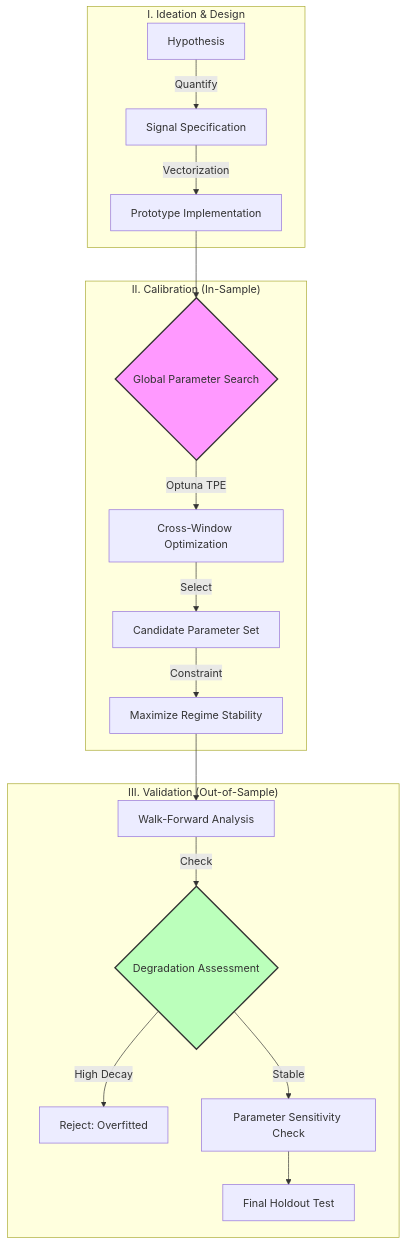
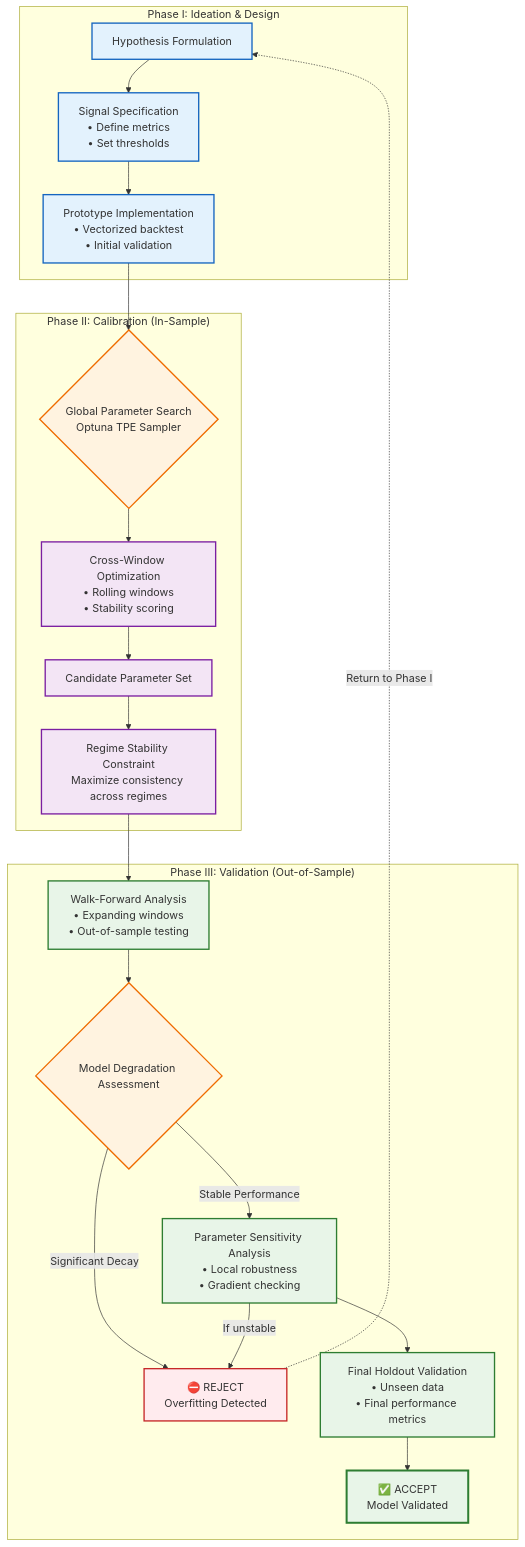
The diagram in docs/alpha-research/index.md (xxxxyyyy80008/xxxxyyyy80008.github.io), drawn with Mermaid before and after one commit. The commit also changed 1 other file, not shown here.

````diff
--- a/docs/alpha-research/index.md
+++ b/docs/alpha-research/index.md
@@ -72,25 +74,46 @@
 ```mermaid
 graph TD
-    subgraph "I. Ideation & Design"
-        A[Hypothesis] -->|Quantify| B[Signal Specification]
-        B -->|Vectorization| C[Prototype Implementation]
+    %% Color Definitions
+    classDef ideation fill:#e3f2fd,stroke:#1565c0,stroke-width:2px
+    classDef calibration fill:#f3e5f5,stroke:#7b1fa2,stroke-width:2px
+    classDef validation fill:#e8f5e8,stroke:#2e7d32,stroke-width:2px
+    classDef decision fill:#fff3e0,stroke:#ef6c00,stroke-width:2px
+    classDef outcome fill:#ffebee,stroke:#c62828,stroke-width:2px
+    classDef success fill:#e8f5e8,stroke:#2e7d32,stroke-width:3px
+    
+    %% Process Flow
+    subgraph "Phase I: Ideation & Design"
+        A[Hypothesis Formulation] --> B[Signal Specification<br/>• Define metrics<br/>• Set thresholds]
+        B --> C[Prototype Implementation<br/>• Vectorized backtest<br/>• Initial validation]
     end
-
-    subgraph "II. Calibration (In-Sample)"
-        C --> D{Global Parameter Search}
-        D -->|Optuna TPE| E[Cross-Window Optimization]
-        E -->|Select| F[Candidate Parameter Set]
-        F -->|Constraint| G[Maximize Regime Stability]
+    
+    subgraph "Phase II: Calibration (In-Sample)"
+        C --> D{Global Parameter Search<br/>Optuna TPE Sampler}
+        D --> E[Cross-Window Optimization<br/>• Rolling windows<br/>• Stability scoring]
+        E --> F[Candidate Parameter Set]
+        F --> G[Regime Stability Constraint<br/>Maximize consistency across regimes]
     end
-
-    subgraph "III. Validation (Out-of-Sample)"
-        G --> H[Walk-Forward Analysis]
-        H -->|Check| I{Degradation Assessment}
-        I -->|High Decay| J[Reject: Overfitted]
-        I -->|Stable| K[Parameter Sensitivity Check]
-        K --> L[Final Holdout Test]
+    
+    subgraph "Phase III: Validation (Out-of-Sample)"
+        G --> H[Walk-Forward Analysis<br/>• Expanding windows<br/>• Out-of-sample testing]
+        H --> I{Model Degradation Assessment}
+        
+        I -->|Significant Decay| J[⛔ REJECT<br/>Overfitting Detected]
+        I -->|Stable Performance| K[Parameter Sensitivity Analysis<br/>• Local robustness<br/>• Gradient checking]
+        
+        K --> L[Final Holdout Validation<br/>• Unseen data<br/>• Final performance metrics]
+        L --> M[✅ ACCEPT<br/>Model Validated]
     end
-
-    style D fill:#f9f,stroke:#333,stroke-width:2px
-    style I fill:#bfb,stroke:#333,stroke-width:2px
+    
+    %% Styling
+    class A,B,C ideation
+    class D,E,F,G calibration
+    class H,K,L validation
+    class D,I decision
+    class J outcome
+    class M success
+    
+    %% Additional Relationships
+    J -.->|Return to Phase I| A
+    K -->|If unstable| J
 ```
````
